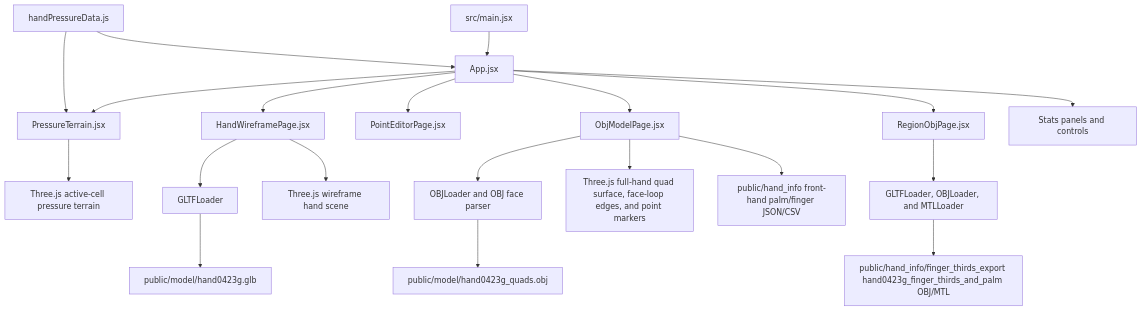
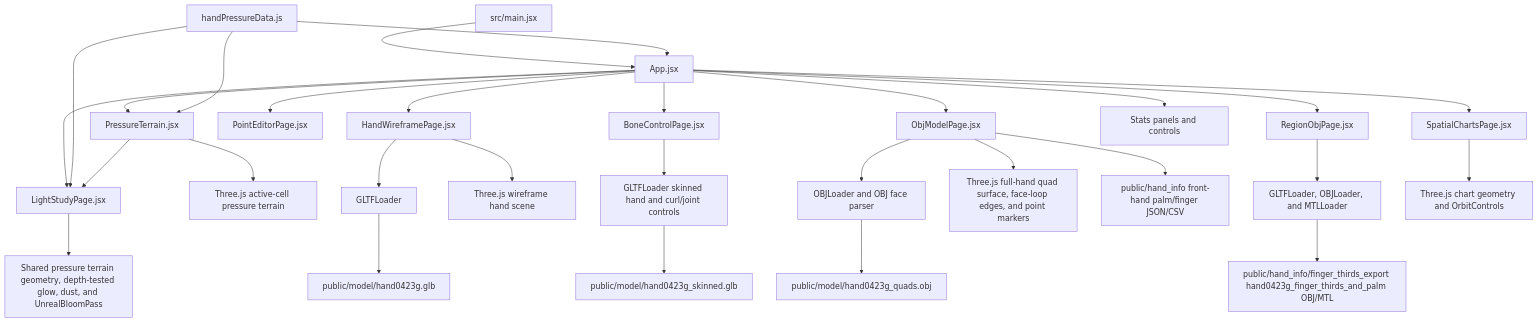
The diagram in ARCHITECTURE.md (liudada118/shroomlab), drawn with Mermaid before and after one commit. The commit also changed other lines of this file and 9 other files, not shown here.

````diff
--- a/ARCHITECTURE.md
+++ b/ARCHITECTURE.md
@@ -73,22 +82,31 @@
 ```mermaid
 flowchart TD
   A["src/main.jsx"] --> B["App.jsx"]
   B --> C["PressureTerrain.jsx"]
   B --> D["HandWireframePage.jsx"]
+  B --> T["BoneControlPage.jsx"]
   B --> E["PointEditorPage.jsx"]
   B --> L["ObjModelPage.jsx"]
   B --> Q["RegionObjPage.jsx"]
+  B --> W["SpatialChartsPage.jsx"]
+  B --> Y["LightStudyPage.jsx"]
   B --> K["Stats panels and controls"]
   F["handPressureData.js"] --> B
   F --> C
+  F --> Y
+  C --> Y
   C --> G["Three.js active-cell pressure terrain"]
   D --> H["GLTFLoader"]
   H --> I["public/model/hand0423g.glb"]
   D --> J["Three.js wireframe hand scene"]
+  T --> U["GLTFLoader skinned hand and curl/joint controls"]
+  U --> V["public/model/hand0423g_skinned.glb"]
   L --> M["OBJLoader and OBJ face parser"]
   M --> N["public/model/hand0423g_quads.obj"]
   L --> O["Three.js full-hand quad surface, face-loop edges, and point markers"]
   L --> P["public/hand_info front-hand palm/finger JSON/CSV"]
   Q --> R["GLTFLoader, OBJLoader, and MTLLoader"]
   R --> S["public/hand_info/finger_thirds_export hand0423g_finger_thirds_and_palm OBJ/MTL"]
+  Y --> Z["Shared pressure terrain geometry, depth-tested glow, dust, and UnrealBloomPass"]
+  W --> X["Three.js chart geometry and OrbitControls"]
 ```
````
